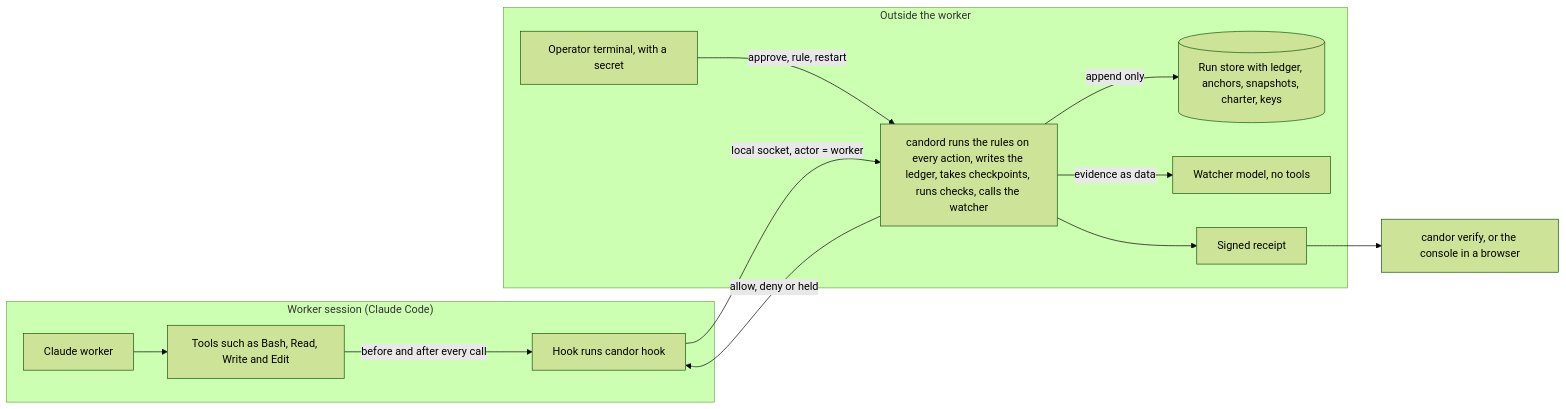
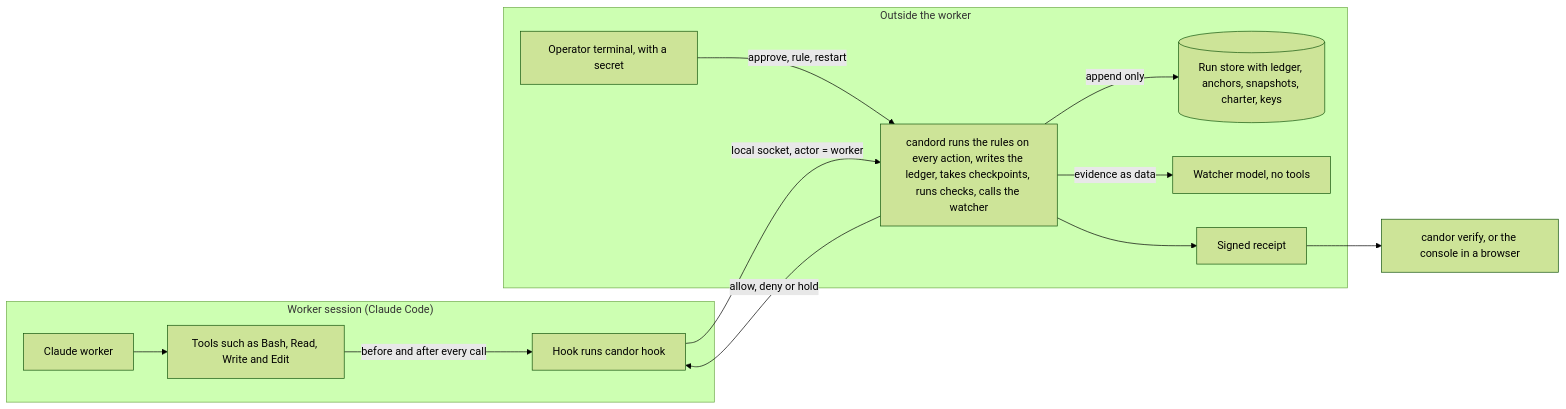
One commit to tkorcode/candor changed the first of 2 diagrams in README.md. Above: the diagram before and after it, drawn with Mermaid (forest theme). The commit also changed other lines of this file and 2 other files, not shown here.

````diff
--- a/README.md
+++ b/README.md
@@ -129,17 +137,17 @@
 ```mermaid
 flowchart LR
   subgraph W["Worker session (Claude Code)"]
     M["Claude worker"] --> T["Tools such as Bash, Read, Write and Edit"]
     T -- "before and after every call" --> H["Hook runs candor hook"]
   end
   H -- "local socket, actor = worker" --> D
-  D -- "allow, deny or held" --> H
+  D -- "allow, deny or hold" --> H
   subgraph O["Outside the worker"]
     D["candord runs the rules on every action, writes the ledger, takes checkpoints, runs checks, calls the watcher"]
     D -- "append only" --> S[("Run store with ledger, anchors, snapshots, charter, keys")]
     D -- "evidence as data" --> J["Watcher model, no tools"]
     P["Operator terminal, with a secret"] -- "approve, rule, restart" --> D
     D --> R["Signed receipt"]
   end
   R --> V["candor verify, or the console in a browser"]
 ```
````
